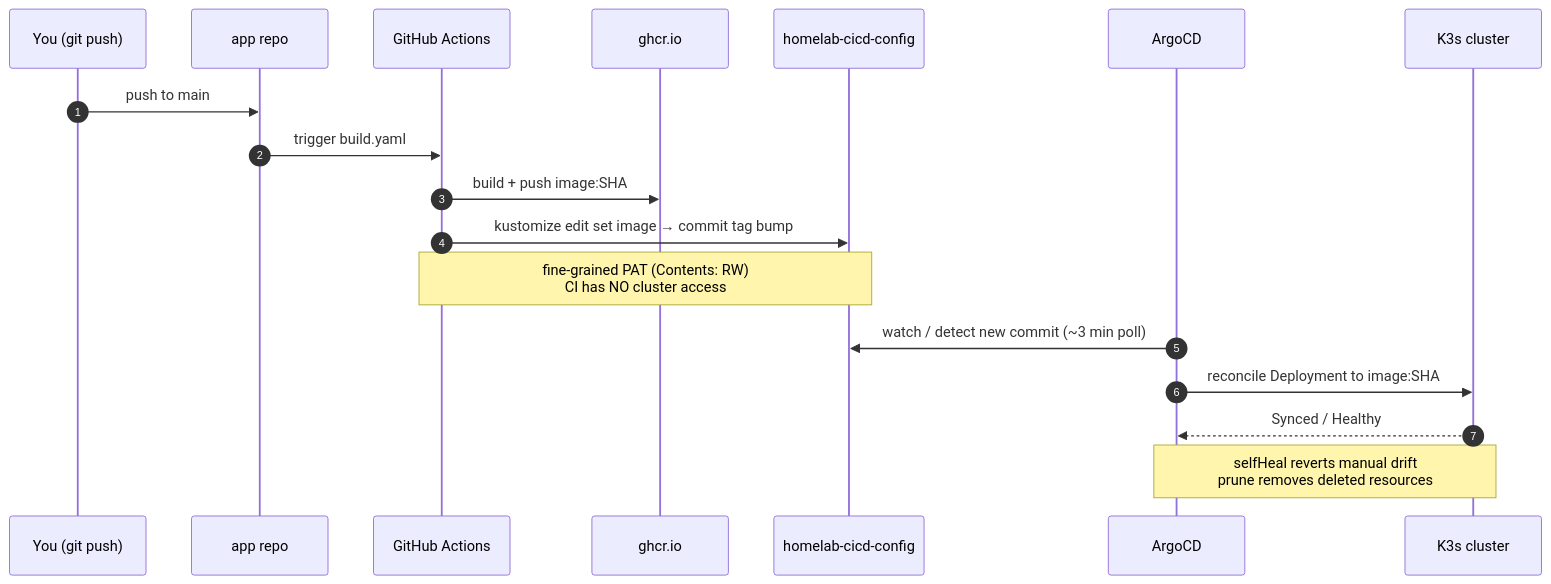
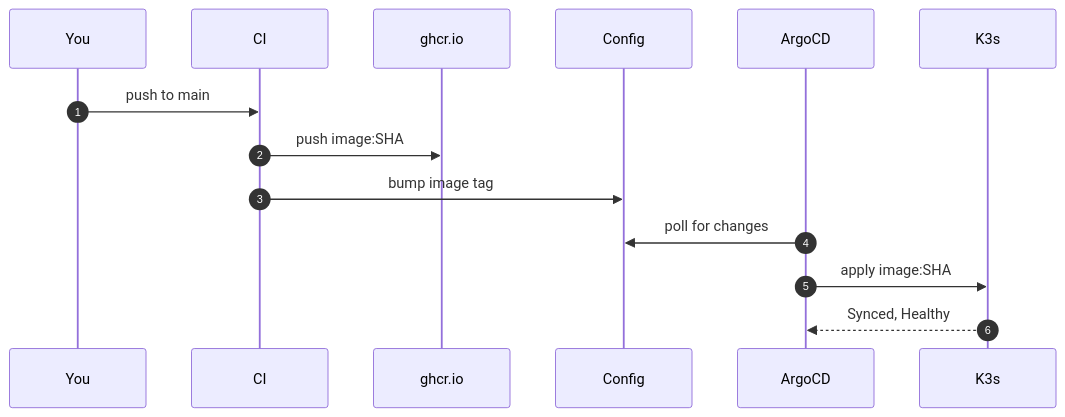
Before and after one commit to home-compute-cluster/docs: the fourth of 5 diagrams in docs/system-architecture/home-cluster.md, drawn with Mermaid. The commit also changed other lines of this file, not shown here.

First line of the commit message:
Make the architecture diagrams readable

````diff
--- a/docs/system-architecture/home-cluster.md
+++ b/docs/system-architecture/home-cluster.md
@@ -234,21 +219,17 @@
 ```mermaid
 sequenceDiagram
     autonumber
-    participant Dev as You (git push)
-    participant App as app repo
-    participant CI as GitHub Actions
-    participant GHCR as ghcr.io
-    participant Cfg as homelab-cicd-config
+    participant Dev as You
+    participant CI as CI
+    participant Reg as ghcr.io
+    participant Cfg as Config
     participant Argo as ArgoCD
-    participant K3s as K3s cluster
+    participant K3s as K3s
 
-    Dev->>App: push to main
-    App->>CI: trigger build.yaml
-    CI->>GHCR: build + push image:SHA
-    CI->>Cfg: kustomize edit set image → commit tag bump
-    Note over CI,Cfg: fine-grained PAT (Contents: RW)<br/>CI has NO cluster access
-    Argo->>Cfg: watch / detect new commit (~3 min poll)
-    Argo->>K3s: reconcile Deployment to image:SHA
-    K3s-->>Argo: Synced / Healthy
-    Note over Argo,K3s: selfHeal reverts manual drift<br/>prune removes deleted resources
+    Dev->>CI: push to main
+    CI->>Reg: push image:SHA
+    CI->>Cfg: bump image tag
+    Argo->>Cfg: poll for changes
+    Argo->>K3s: apply image:SHA
+    K3s-->>Argo: Synced, Healthy
 ```
````
